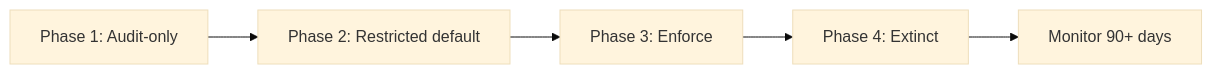
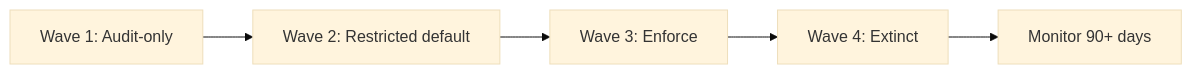
Before and after one commit to 0xMati/Tech-Blog: the second of 2 diagrams in 060 - Active Directory/Hardening/RC4 Hardening/3. Remediation, AES Migration, Cutover, and RC4 Extinction.md, drawn with Mermaid (base theme). The commit also changed other lines of this file, not shown here.

````diff
--- a/060 - Active Directory/Hardening/RC4 Hardening/3. Remediation, AES Migration, Cutover, and RC4 Extinction.md
+++ b/060 - Active Directory/Hardening/RC4 Hardening/3. Remediation, AES Migration, Cutover, and RC4 Extinction.md
@@ -265,7 +257,7 @@
 ```mermaid
 flowchart LR
-	P1[Phase 1: Audit-only] --> P2[Phase 2: Restricted default]
-	P2 --> P3[Phase 3: Enforce]
-	P3 --> P4[Phase 4: Extinct]
-	P4 --> M[Monitor 90+ days]
+	W1[Wave 1: Audit-only] --> W2[Wave 2: Restricted default]
+	W2 --> W3[Wave 3: Enforce]
+	W3 --> W4[Wave 4: Extinct]
+	W4 --> M[Monitor 90+ days]
 ```
````
